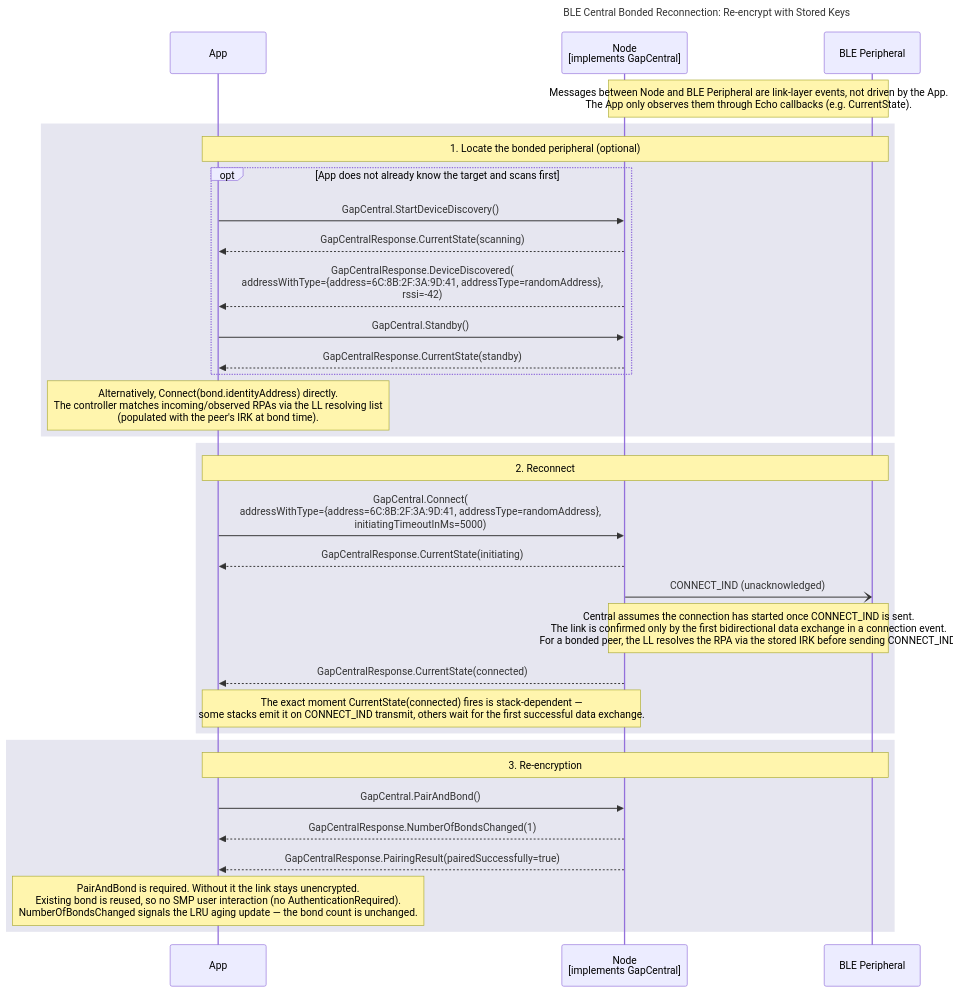
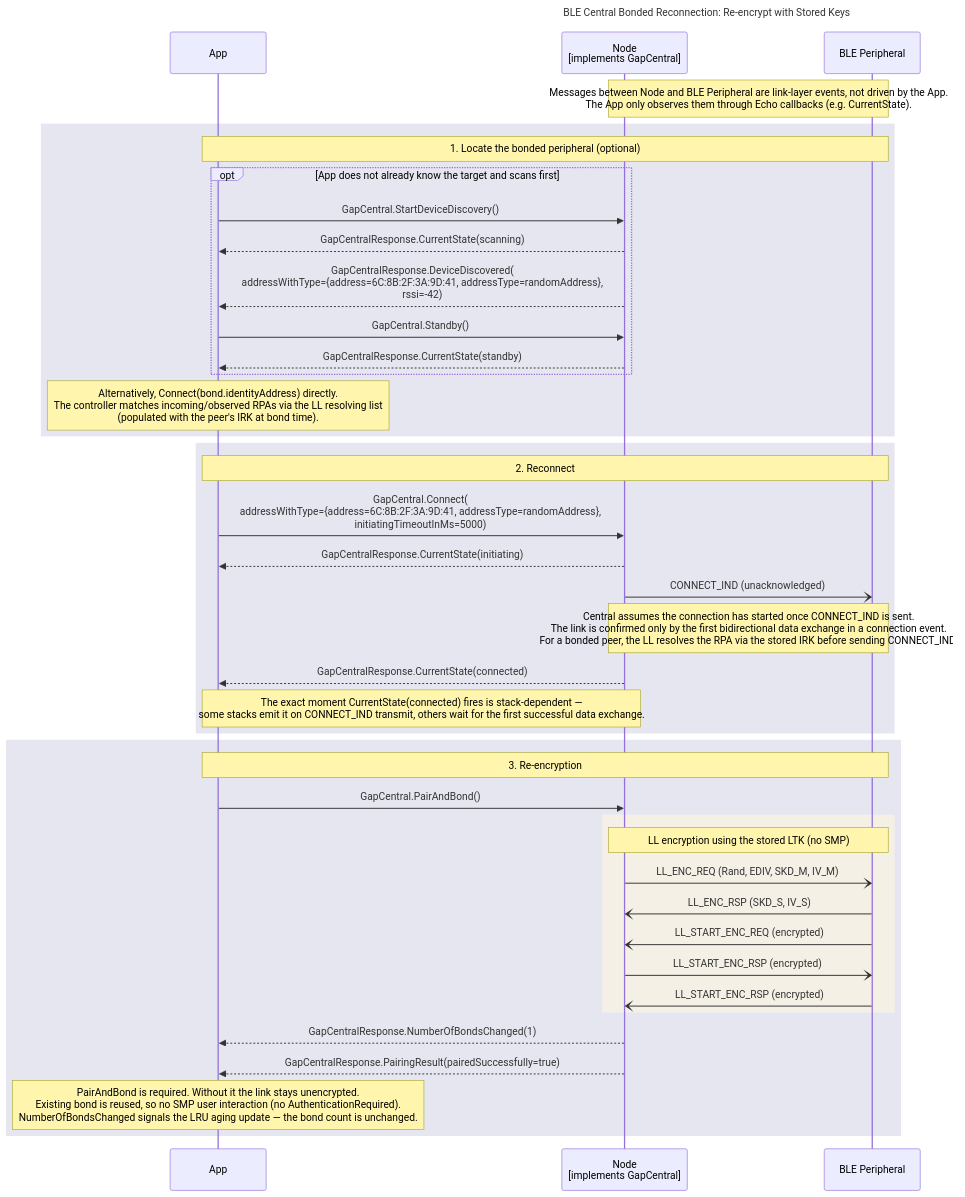
The diagram in documents/modules/ROOT/partials/echoservices/composite_flows/CentralRole_BondedReconnection_sequence.mmd (philips-software/amp-embedded-infra-lib), drawn with Mermaid before and after one commit. The commit also changed 8 other files, not shown here.

```diff
--- a/documents/modules/ROOT/partials/echoservices/composite_flows/CentralRole_BondedReconnection_sequence.mmd
+++ b/documents/modules/ROOT/partials/echoservices/composite_flows/CentralRole_BondedReconnection_sequence.mmd
@@ -1,41 +1,49 @@
 sequenceDiagram
     title BLE Central Bonded Reconnection: Re-encrypt with Stored Keys
 
     participant App as App
     participant Node as Node<br>[implements GapCentral]
     participant Peripheral as BLE Peripheral
 
 
     Note over Node, Peripheral: Messages between Node and BLE Peripheral are link-layer events, not driven by the App.<br>The App only observes them through Echo callbacks (e.g. CurrentState).
 
     rect rgb(230, 230, 240)
         note over App, Peripheral: 1. Locate the bonded peripheral (optional)
         opt App does not already know the target and scans first
             App->>Node: GapCentral.StartDeviceDiscovery()
             Node-->>App: GapCentralResponse.CurrentState(scanning)
             Node-->>App: GapCentralResponse.DeviceDiscovered(<br>addressWithType={address=6C:8B:2F:3A:9D:41, addressType=randomAddress},<br>rssi=-42)
             App->>Node: GapCentral.Standby()
             Node-->>App: GapCentralResponse.CurrentState(standby)
         end
 
         Note over App: Alternatively, Connect(bond.identityAddress) directly.<br>The controller matches incoming/observed RPAs via the LL resolving list<br>(populated with the peer's IRK at bond time).
     end
 
     rect rgb(230, 230, 240)
         note over App, Peripheral: 2. Reconnect
         App->>Node: GapCentral.Connect(<br>addressWithType={address=6C:8B:2F:3A:9D:41, addressType=randomAddress},<br>initiatingTimeoutInMs=5000)
         Node-->>App: GapCentralResponse.CurrentState(initiating)
         Node-)Peripheral: CONNECT_IND (unacknowledged)
         Note over Node, Peripheral: Central assumes the connection has started once CONNECT_IND is sent.<br>The link is confirmed only by the first bidirectional data exchange in a connection event.<br>For a bonded peer, the LL resolves the RPA via the stored IRK before sending CONNECT_IND.
         Node-->>App: GapCentralResponse.CurrentState(connected)
         Note over App, Node: The exact moment CurrentState(connected) fires is stack-dependent —<br>some stacks emit it on CONNECT_IND transmit, others wait for the first successful data exchange.
     end
 
     rect rgb(230, 230, 240)
         note over App, Peripheral: 3. Re-encryption
         App->>Node: GapCentral.PairAndBond()
+        rect rgb(245, 240, 230)
+            Note over Node, Peripheral: LL encryption using the stored LTK (no SMP)
+            Node-)Peripheral: LL_ENC_REQ (Rand, EDIV, SKD_M, IV_M)
+            Peripheral-)Node: LL_ENC_RSP (SKD_S, IV_S)
+            Peripheral-)Node: LL_START_ENC_REQ (encrypted)
+            Node-)Peripheral: LL_START_ENC_RSP (encrypted)
+            Peripheral-)Node: LL_START_ENC_RSP (encrypted)
+        end
         Node-->>App: GapCentralResponse.NumberOfBondsChanged(1)
         Node-->>App: GapCentralResponse.PairingResult(pairedSuccessfully=true)
 
         Note over App: PairAndBond is required. Without it the link stays unencrypted.<br>Existing bond is reused, so no SMP user interaction (no AuthenticationRequired).<br>NumberOfBondsChanged signals the LRU aging update — the bond count is unchanged.
     end
```
